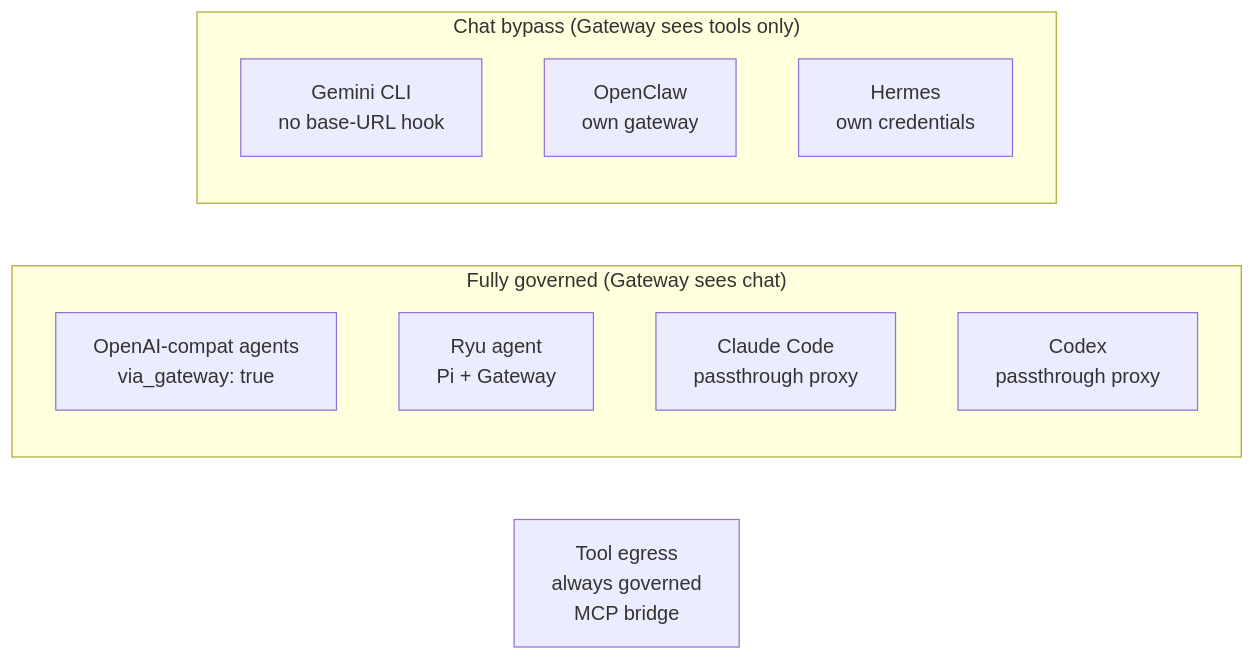
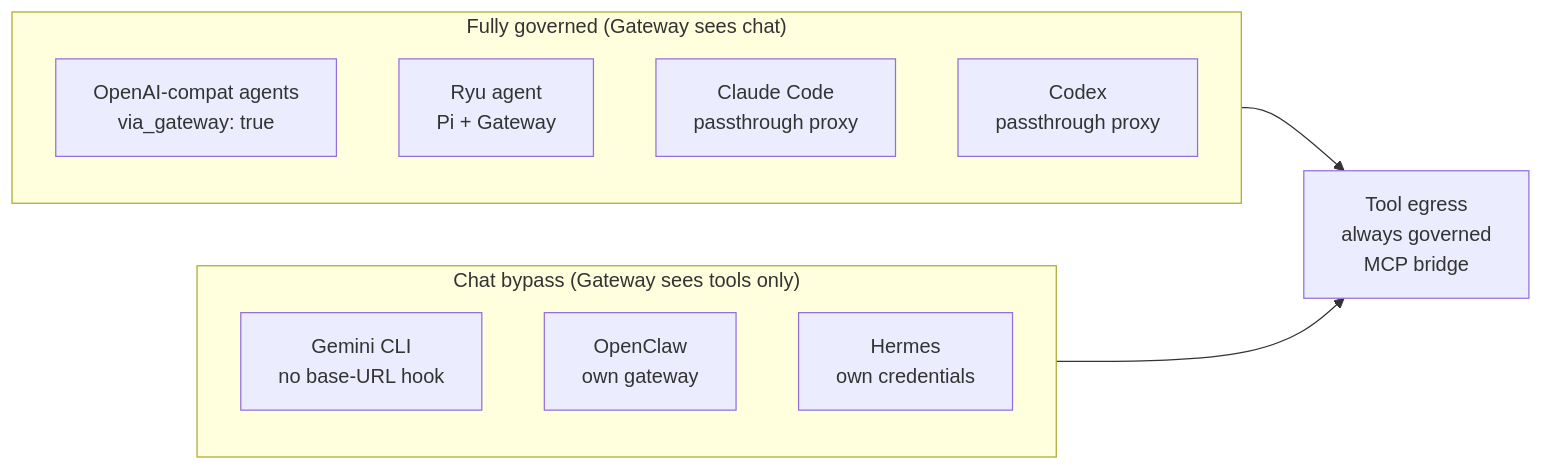
One commit to amajorai/ryu-docs changed the second of 2 diagrams in content/docs/start-here/architecture/core-vs-gateway.mdx. Above: the diagram before and after it, drawn with Mermaid. The commit also changed other lines of this file and 2642 other files, not shown here.

````diff
--- a/content/docs/start-here/architecture/core-vs-gateway.mdx
+++ b/content/docs/start-here/architecture/core-vs-gateway.mdx
@@ -102,19 +113,22 @@
 ```mermaid
 flowchart LR
   subgraph Governed["Fully governed (Gateway sees chat)"]
     direction TB
     G1["OpenAI-compat agents\nvia_gateway: true"]
     G2["Ryu agent\nPi + Gateway"]
     G3["Claude Code\npassthrough proxy"]
     G4["Codex\npassthrough proxy"]
   end
 
   subgraph Bypass["Chat bypass (Gateway sees tools only)"]
     direction TB
     B1["Gemini CLI\nno base-URL hook"]
     B2["OpenClaw\nown gateway"]
     B3["Hermes\nown credentials"]
   end
 
   ToolEgress["Tool egress\nalways governed\nMCP bridge"]
+
+  Governed --> ToolEgress
+  Bypass --> ToolEgress
 ```
````
